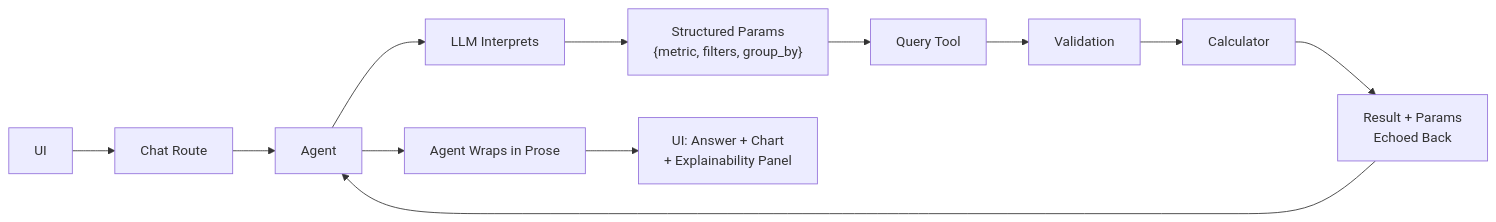
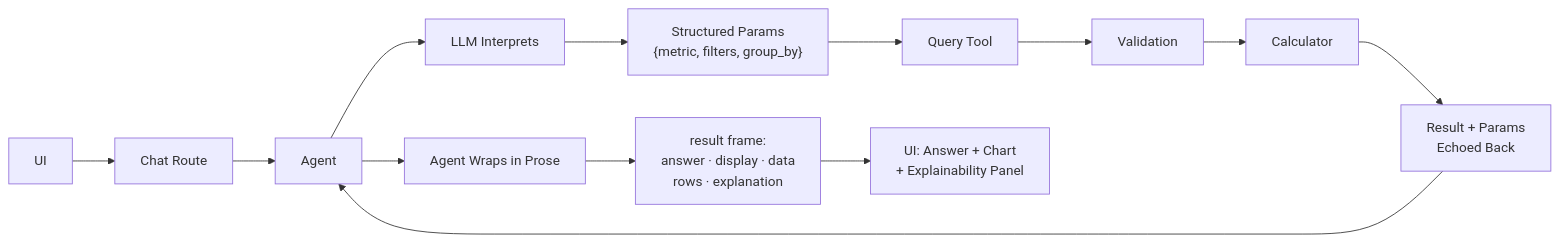
The third of 4 diagrams in docs/architecture.md (deanle94/logistics-chatbot), drawn with Mermaid before and after one commit. The commit also changed other lines of this file and 67 other files, not shown here.

````diff
--- a/docs/architecture.md
+++ b/docs/architecture.md
@@ -137,17 +143,20 @@
 ```mermaid
 flowchart LR
     A[UI] --> B[Chat Route]
     B --> C[Agent]
     C --> D[LLM Interprets]
     D --> E["Structured Params
     {metric, filters, group_by}"]
     E --> F[Query Tool]
     F --> G[Validation]
     G --> H[Calculator]
     H --> I["Result + Params
     Echoed Back"]
     I --> C
     C --> J[Agent Wraps in Prose]
-    J --> K["UI: Answer + Chart
+    J --> K["result frame:
+    answer · display · data
+    rows · explanation"]
+    K --> L["UI: Answer + Chart
     + Explainability Panel"]
 ```
````
